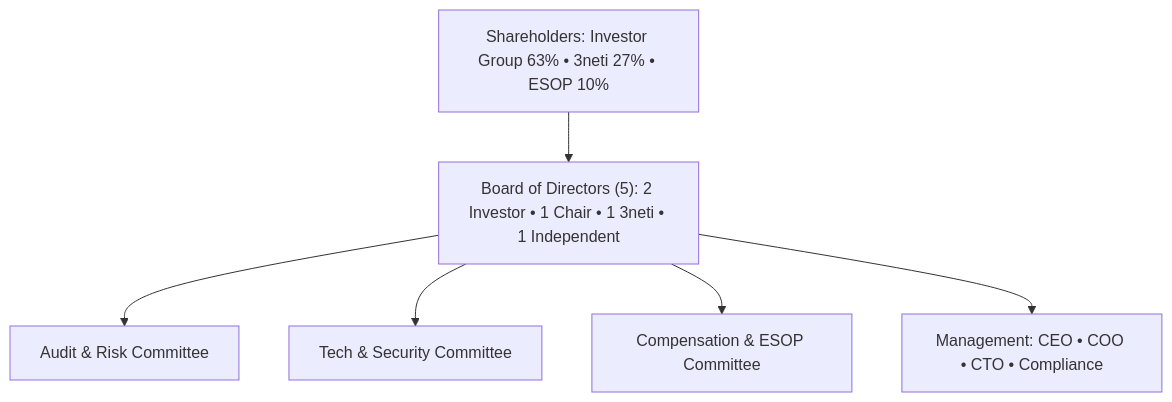
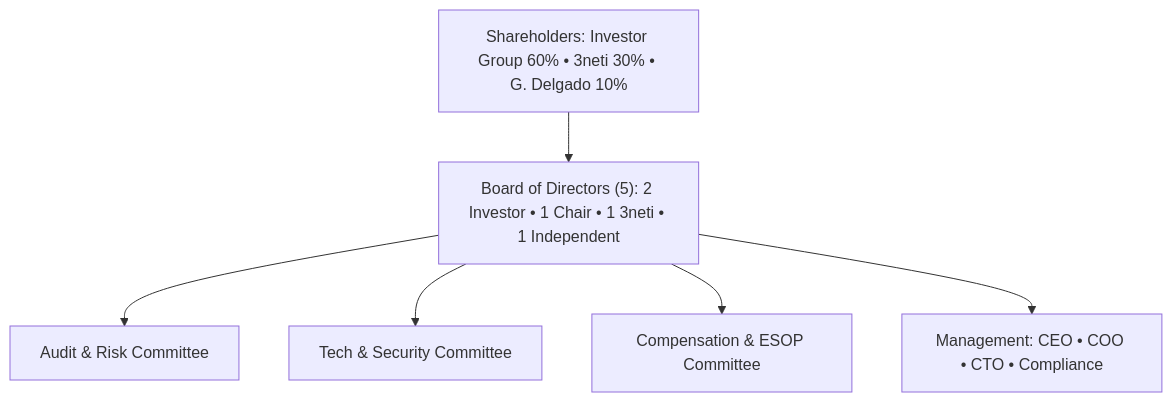
Before and after one commit to 3neti/x-change-docs: the second of 2 diagrams in docs/X-CHANGE_INFO_MEMO_APPENDIX_G_CORPORATE_AND_LEGAL_STRUCTURE.md, drawn with Mermaid. The commit also changed other lines of this file and 13 other files, not shown here.

````diff
--- a/docs/X-CHANGE_INFO_MEMO_APPENDIX_G_CORPORATE_AND_LEGAL_STRUCTURE.md
+++ b/docs/X-CHANGE_INFO_MEMO_APPENDIX_G_CORPORATE_AND_LEGAL_STRUCTURE.md
@@ -63,15 +61,15 @@
 ```mermaid
 flowchart TB
-  SH["Shareholders: Investor Group 63% • 3neti 27% • ESOP 10%"]
+  SH["Shareholders: Investor Group 60% • 3neti 30% • G. Delgado 10%"]
   BOD["Board of Directors (5): 2 Investor • 1 Chair • 1 3neti • 1 Independent"]
   COM1["Audit &amp; Risk Committee"]
   COM2["Tech &amp; Security Committee"]
   COM3["Compensation &amp; ESOP Committee"]
   MGT["Management: CEO • COO • CTO • Compliance"]
 
   SH --> BOD
   BOD --> COM1
   BOD --> COM2
   BOD --> COM3
   BOD --> MGT
 ```
````
